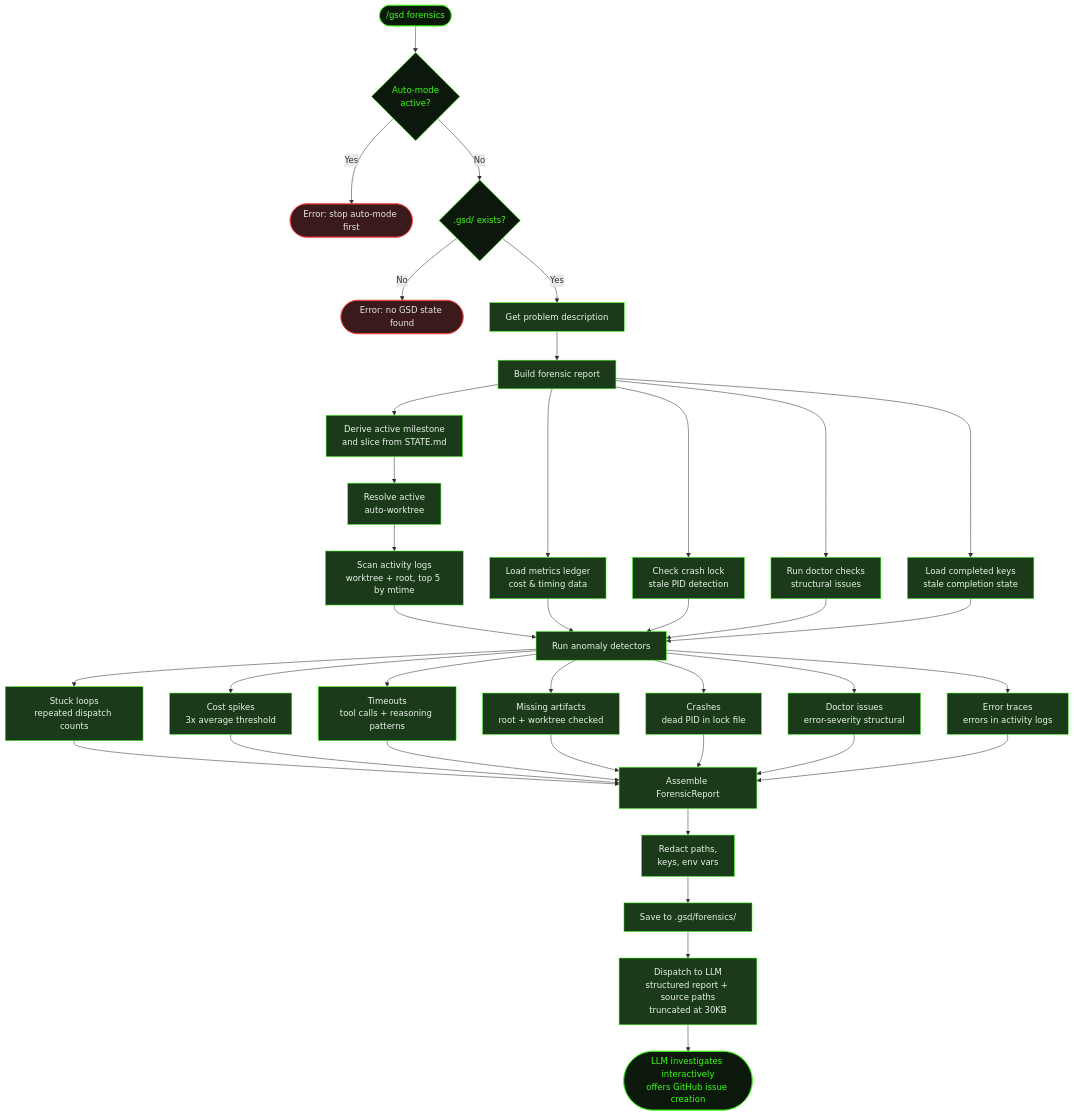
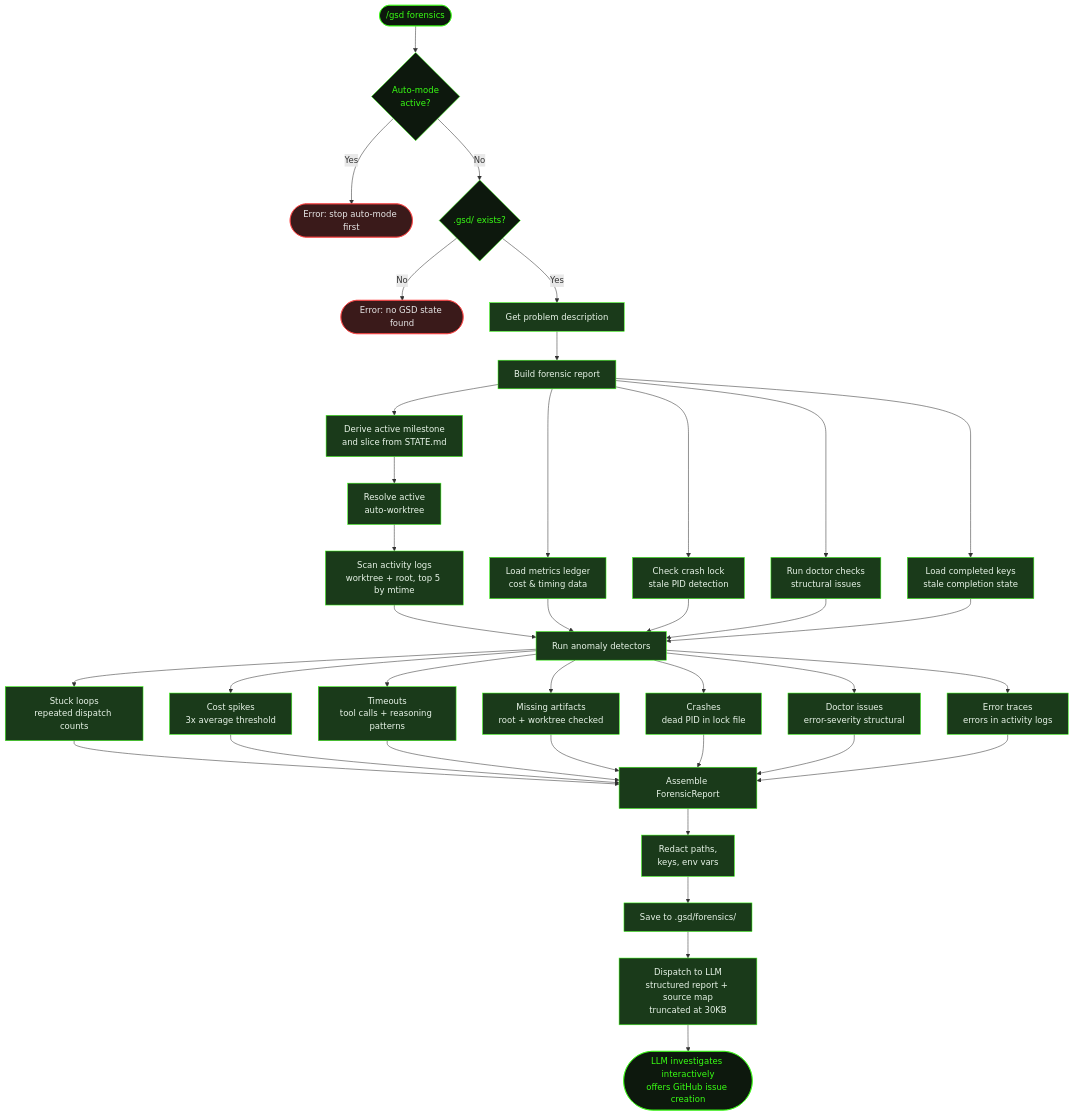
The diagram in src/content/docs/commands/forensics.mdx (shusha-group/gsd2-guide), drawn with Mermaid before and after one commit. The commit also changed other lines of this file and 63 other files, not shown here.

````diff
--- a/src/content/docs/commands/forensics.mdx
+++ b/src/content/docs/commands/forensics.mdx
@@ -28,73 +28,73 @@
 ```mermaid
 flowchart TD
     Start(["/gsd forensics"]) --> Active{Auto-mode<br/>active?}
     Active -->|Yes| Blocked([Error: stop auto-mode first])
     Active -->|No| GSD{.gsd/ exists?}
     GSD -->|No| NoState([Error: no GSD state found])
     GSD -->|Yes| Prompt[Get problem description]
 
     Prompt --> Build[Build forensic report]
 
     Build --> State[Derive active milestone<br/>and slice from STATE.md]
     State --> Worktree[Resolve active<br/>auto-worktree]
     Worktree --> Scan1[Scan activity logs<br/>worktree + root, top 5 by mtime]
     Build --> Scan2[Load metrics ledger<br/>cost & timing data]
     Build --> Scan3[Check crash lock<br/>stale PID detection]
     Build --> Scan4[Run doctor checks<br/>structural issues]
     Build --> Scan5[Load completed keys<br/>stale completion state]
 
     Scan1 --> Detect[Run anomaly detectors]
     Scan2 --> Detect
     Scan3 --> Detect
     Scan4 --> Detect
     Scan5 --> Detect
 
     Detect --> D1[Stuck loops<br/>repeated dispatch counts]
     Detect --> D2[Cost spikes<br/>3x average threshold]
     Detect --> D3[Timeouts<br/>tool calls + reasoning patterns]
     Detect --> D4[Missing artifacts<br/>root + worktree checked]
     Detect --> D5[Crashes<br/>dead PID in lock file]
     Detect --> D6[Doctor issues<br/>error-severity structural]
     Detect --> D7[Error traces<br/>errors in activity logs]
 
     D1 --> Report[Assemble ForensicReport]
     D2 --> Report
     D3 --> Report
     D4 --> Report
     D5 --> Report
     D6 --> Report
     D7 --> Report
 
     Report --> Redact[Redact paths,<br/>keys, env vars]
     Redact --> Save[Save to .gsd/forensics/]
-    Save --> Dispatch[Dispatch to LLM<br/>structured report + source paths<br/>truncated at 30KB]
+    Save --> Dispatch[Dispatch to LLM<br/>structured report + source map<br/>truncated at 30KB]
     Dispatch --> LLM([LLM investigates interactively<br/>offers GitHub issue creation])
 
     style Start fill:#0d180d,stroke:#39ff14,color:#39ff14
     style Active fill:#0d180d,stroke:#39ff14,color:#39ff14
     style GSD fill:#0d180d,stroke:#39ff14,color:#39ff14
     style Blocked fill:#3a1a1a,stroke:#ff4444,color:#e8e8e8
     style NoState fill:#3a1a1a,stroke:#ff4444,color:#e8e8e8
     style Prompt fill:#1a3a1a,stroke:#39ff14,color:#e8f4e8
     style Build fill:#1a3a1a,stroke:#39ff14,color:#e8f4e8
     style State fill:#1a3a1a,stroke:#39ff14,color:#e8f4e8
     style Worktree fill:#1a3a1a,stroke:#39ff14,color:#e8f4e8
     style Scan1 fill:#1a3a1a,stroke:#39ff14,color:#e8f4e8
     style Scan2 fill:#1a3a1a,stroke:#39ff14,color:#e8f4e8
     style Scan3 fill:#1a3a1a,stroke:#39ff14,color:#e8f4e8
     style Scan4 fill:#1a3a1a,stroke:#39ff14,color:#e8f4e8
     style Scan5 fill:#1a3a1a,stroke:#39ff14,color:#e8f4e8
     style Detect fill:#1a3a1a,stroke:#39ff14,color:#e8f4e8
     style D1 fill:#1a3a1a,stroke:#39ff14,color:#e8f4e8
     style D2 fill:#1a3a1a,stroke:#39ff14,color:#e8f4e8
     style D3 fill:#1a3a1a,stroke:#39ff14,color:#e8f4e8
     style D4 fill:#1a3a1a,stroke:#39ff14,color:#e8f4e8
     style D5 fill:#1a3a1a,stroke:#39ff14,color:#e8f4e8
     style D6 fill:#1a3a1a,stroke:#39ff14,color:#e8f4e8
     style D7 fill:#1a3a1a,stroke:#39ff14,color:#e8f4e8
     style Report fill:#1a3a1a,stroke:#39ff14,color:#e8f4e8
     style Redact fill:#1a3a1a,stroke:#39ff14,color:#e8f4e8
     style Save fill:#1a3a1a,stroke:#39ff14,color:#e8f4e8
     style Dispatch fill:#1a3a1a,stroke:#39ff14,color:#e8f4e8
     style LLM fill:#0d180d,stroke:#39ff14,color:#39ff14
 ```
````
